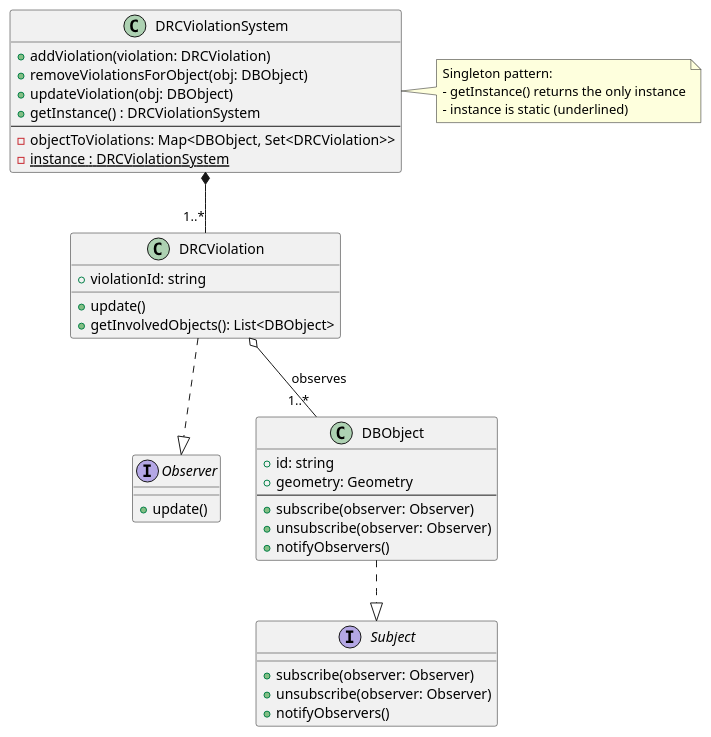
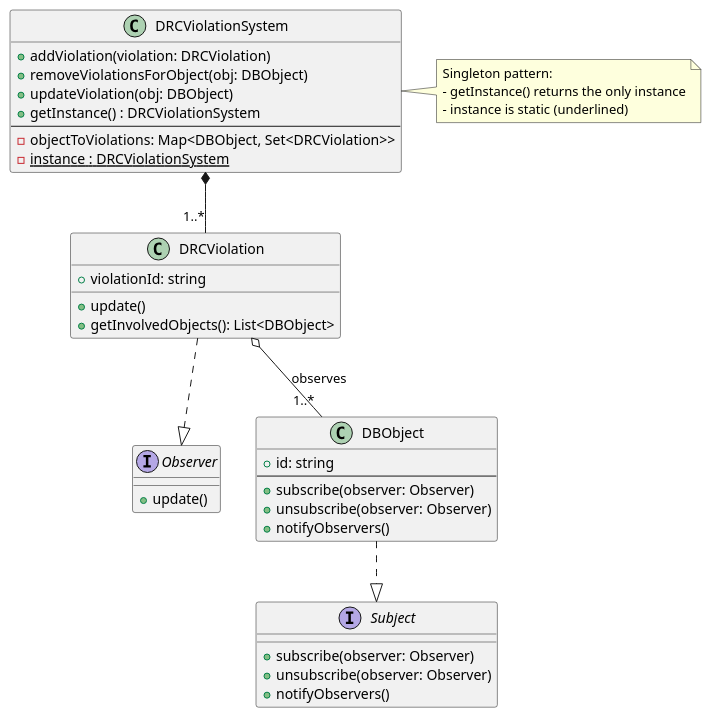
The diagram in design/design.plantuml (detective-sokka/DRCViolationSystem), drawn with PlantUML before and after one commit. The commit also changed 1 other file, not shown here.

```diff
--- a/design/design.plantuml
+++ b/design/design.plantuml
@@ -1,50 +1,49 @@
 @startuml
 ' Interfaces
 interface Observer {
     +update()
 }
 
 interface Subject {
     +subscribe(observer: Observer)
     +unsubscribe(observer: Observer)
     +notifyObservers()
 }
 
 ' Core domain classes
 class DBObject {
     +id: string
-    +geometry: Geometry
     --
     +subscribe(observer: Observer)
     +unsubscribe(observer: Observer)
     +notifyObservers()
 }
 
 class DRCViolation {
     +violationId: string
     +update()
     +getInvolvedObjects(): List<DBObject>
 }
 
 class DRCViolationSystem {
     +addViolation(violation: DRCViolation)
     +removeViolationsForObject(obj: DBObject)
     +updateViolation(obj: DBObject)
     +getInstance() : DRCViolationSystem
     --
     -objectToViolations: Map<DBObject, Set<DRCViolation>>
     -<u>instance : DRCViolationSystem</u>
 }
 
 DBObject ..|> Subject
 DRCViolation ..|> Observer
 DRCViolation o-- "1..*" DBObject : observes
 
 ' Composition and Singleton
 DRCViolationSystem *-- "1..*" DRCViolation
 note right of DRCViolationSystem
   Singleton pattern:
   - getInstance() returns the only instance
   - instance is static (underlined)
 end note
 @enduml
```
